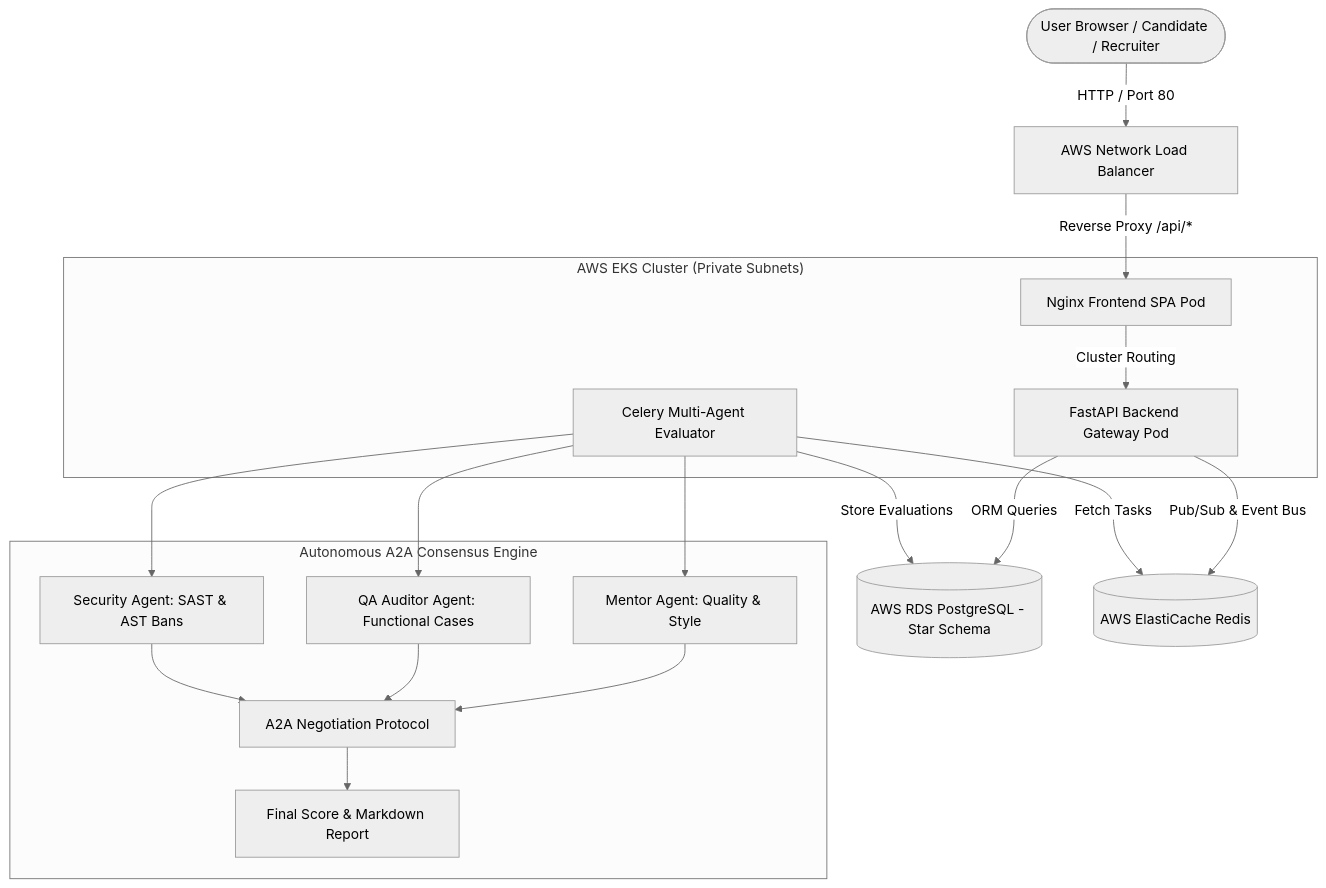
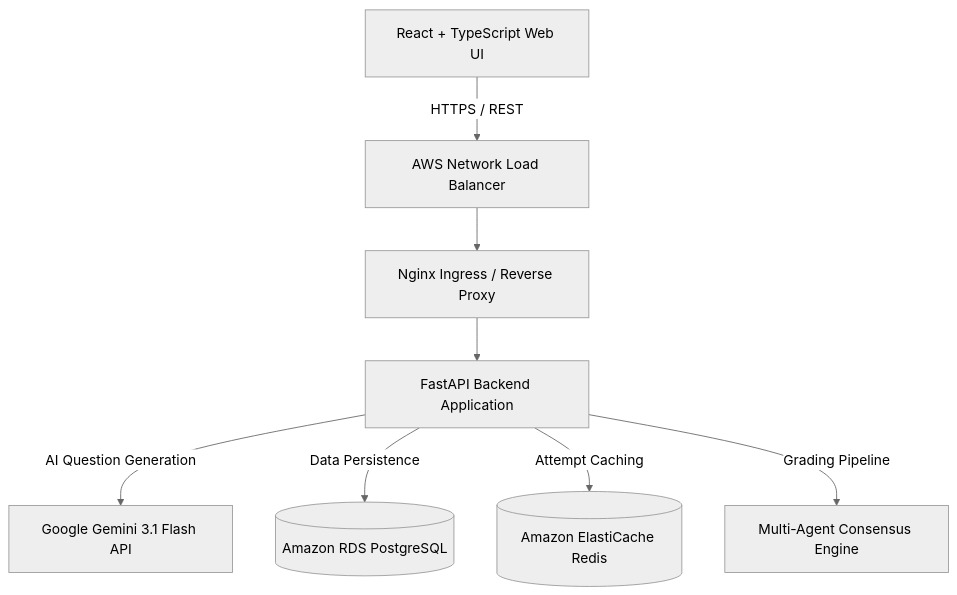
Before and after one commit to Bheemalingappa/bheemalingappa-ai-data-science-portfolio: the fourth of 4 diagrams in multi-agent-exam-portal/README.md, drawn with Mermaid (neutral theme). The commit also changed other lines of this file and 49 other files, not shown here.

````diff
--- a/multi-agent-exam-portal/README.md
+++ b/multi-agent-exam-portal/README.md
@@ -26,25 +198,11 @@
 ```mermaid
-flowchart TD
-    User([User Browser / Candidate / Recruiter]) -->|HTTP / Port 80| NLB[AWS Network Load Balancer]
-    NLB -->|Reverse Proxy /api/*| Frontend[Nginx Frontend SPA Pod]
-    Frontend -->|Cluster Routing| Gateway[FastAPI Backend Gateway Pod]
-    
-    subgraph EKS["AWS EKS Cluster (Private Subnets)"]
-        Frontend
-        Gateway
-        CeleryWorker[Celery Multi-Agent Evaluator]
-    end
-    
-    Gateway -->|ORM Queries| RDS[(AWS RDS PostgreSQL - Star Schema)]
-    Gateway -->|Pub/Sub & Event Bus| Redis[(AWS ElastiCache Redis)]
-    CeleryWorker -->|Fetch Tasks| Redis
-    CeleryWorker -->|Store Evaluations| RDS
+graph TD
+    Client[React + TypeScript Web UI] -->|HTTPS / REST| NLB[AWS Network Load Balancer]
+    NLB --> Nginx[Nginx Ingress / Reverse Proxy]
+    Nginx --> FastAPI[FastAPI Backend Application]
 
-    subgraph ConsensusEngine["Autonomous A2A Consensus Engine"]
-        CeleryWorker --> Mentor[Mentor Agent: Quality & Style]
-        CeleryWorker --> QA[QA Auditor Agent: Functional Cases]
-        CeleryWorker --> Security[Security Agent: SAST & AST Bans]
-        Mentor & QA & Security --> Negotiation[A2A Negotiation Protocol]
-        Negotiation --> FinalScore[Final Score & Markdown Report]
-    end
+    FastAPI -->|AI Question Generation| Gemini[Google Gemini 3.1 Flash API]
+    FastAPI -->|Data Persistence| PostgreSQL[(Amazon RDS PostgreSQL)]
+    FastAPI -->|Attempt Caching| Redis[(Amazon ElastiCache Redis)]
+    FastAPI -->|Grading Pipeline| MultiAgent[Multi-Agent Consensus Engine]
 ```
````
